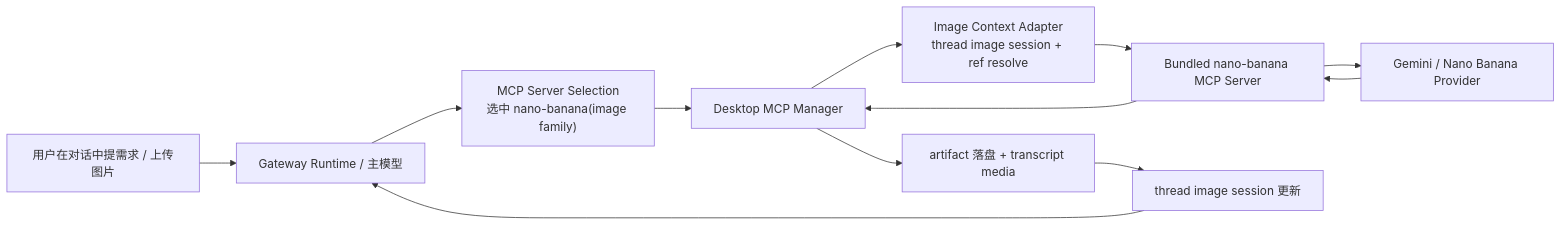
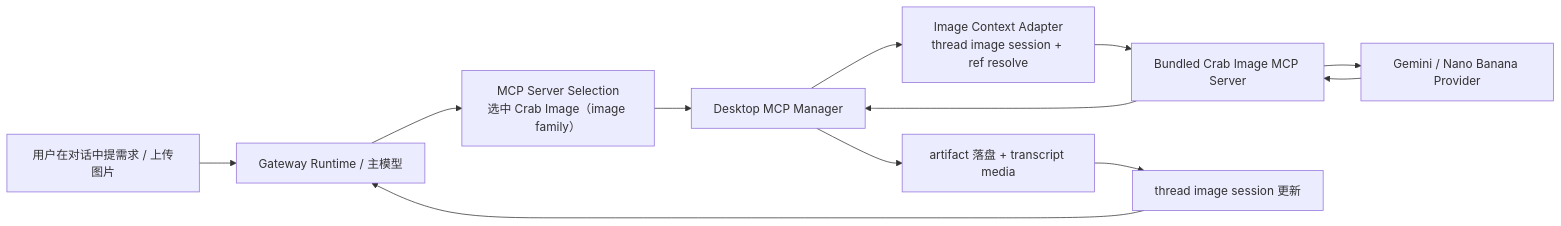
The diagram in docs/specs/builtin-image-mcp-thread-first-v0.1.md (noah66256/writing-ide), drawn with Mermaid before and after one commit. The commit also changed other lines of this file and 5 other files, not shown here.

First line of the commit message:
fix(image): 修复 crab-image MCP 工具注册、意图匹配和连续编辑

````diff
--- a/docs/specs/builtin-image-mcp-thread-first-v0.1.md
+++ b/docs/specs/builtin-image-mcp-thread-first-v0.1.md
@@ -135,14 +135,14 @@
 ```mermaid
 flowchart LR
   U["用户在对话中提需求 / 上传图片"] --> G["Gateway Runtime / 主模型"]
-  G --> S["MCP Server Selection<br/>选中 nano-banana(image family)"]
+  G --> S["MCP Server Selection<br/>选中 Crab Image（image family）"]
   S --> D["Desktop MCP Manager"]
   D --> C["Image Context Adapter<br/>thread image session + ref resolve"]
-  C --> N["Bundled nano-banana MCP Server"]
+  C --> N["Bundled Crab Image MCP Server"]
   N --> P["Gemini / Nano Banana Provider"]
   P --> N
   N --> D
   D --> A["artifact 落盘 + transcript media"]
   A --> T["thread image session 更新"]
   T --> G
 ```
````
